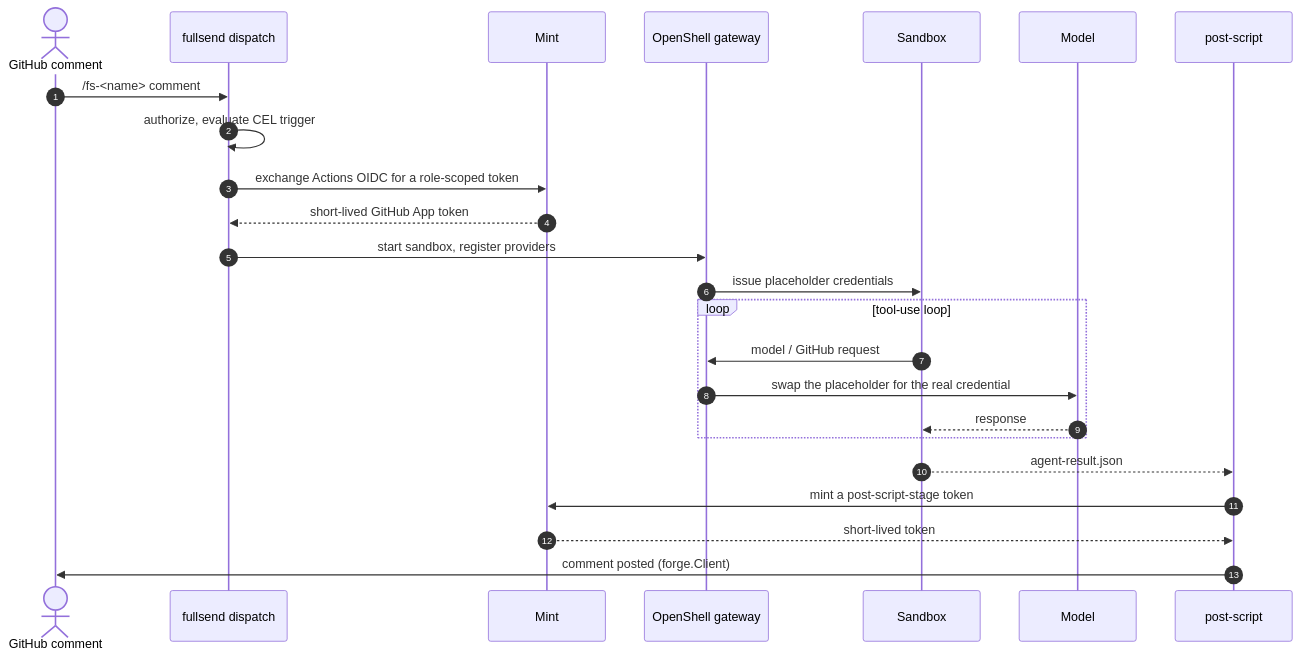
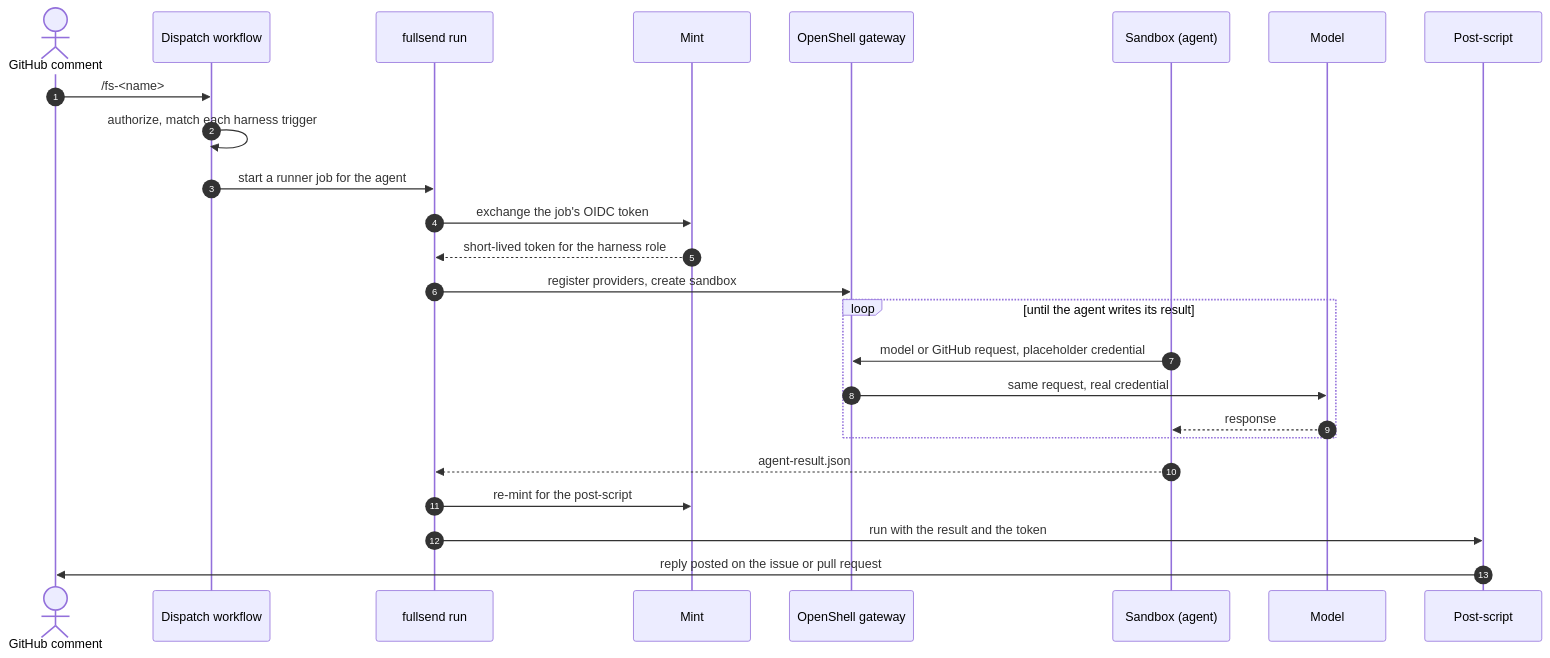
Before and after one commit to Benkapner/fullsend: the diagram in docs/guides/user/bring-your-own-agent.md, drawn with Mermaid. The commit also changed other lines of this file, not shown here.

````diff
--- a/docs/guides/user/bring-your-own-agent.md
+++ b/docs/guides/user/bring-your-own-agent.md
@@ -105,27 +125,28 @@
 ```mermaid
 sequenceDiagram
   autonumber
-  actor GH as GitHub comment
-  participant Dispatch as fullsend dispatch
+  actor User as GitHub comment
+  participant Dispatch as Dispatch workflow
+  participant Runner as fullsend run
   participant Mint
   participant Gateway as OpenShell gateway
-  participant Sandbox
+  participant Sandbox as Sandbox (agent)
   participant Model
-  participant Post as post-script
+  participant Post as Post-script
 
-  GH->>Dispatch: /fs-<name> comment
-  Dispatch->>Dispatch: authorize, evaluate CEL trigger
-  Dispatch->>Mint: exchange Actions OIDC for a role-scoped token
-  Mint-->>Dispatch: short-lived GitHub App token
-  Dispatch->>Gateway: start sandbox, register providers
-  Gateway->>Sandbox: issue placeholder credentials
-  loop tool-use loop
-    Sandbox->>Gateway: model / GitHub request
-    Gateway->>Model: swap the placeholder for the real credential
+  User->>Dispatch: /fs-<name>
+  Dispatch->>Dispatch: authorize, match each harness trigger
+  Dispatch->>Runner: start a runner job for the agent
+  Runner->>Mint: exchange the job's OIDC token
+  Mint-->>Runner: short-lived token for the harness role
+  Runner->>Gateway: register providers, create sandbox
+  loop until the agent writes its result
+    Sandbox->>Gateway: model or GitHub request, placeholder credential
+    Gateway->>Model: same request, real credential
     Model-->>Sandbox: response
   end
-  Sandbox-->>Post: agent-result.json
-  Post->>Mint: mint a post-script-stage token
-  Mint-->>Post: short-lived token
-  Post->>GH: comment posted (forge.Client)
+  Sandbox-->>Runner: agent-result.json
+  Runner->>Mint: re-mint for the post-script
+  Runner->>Post: run with the result and the token
+  Post->>User: reply posted on the issue or pull request
 ```
````
